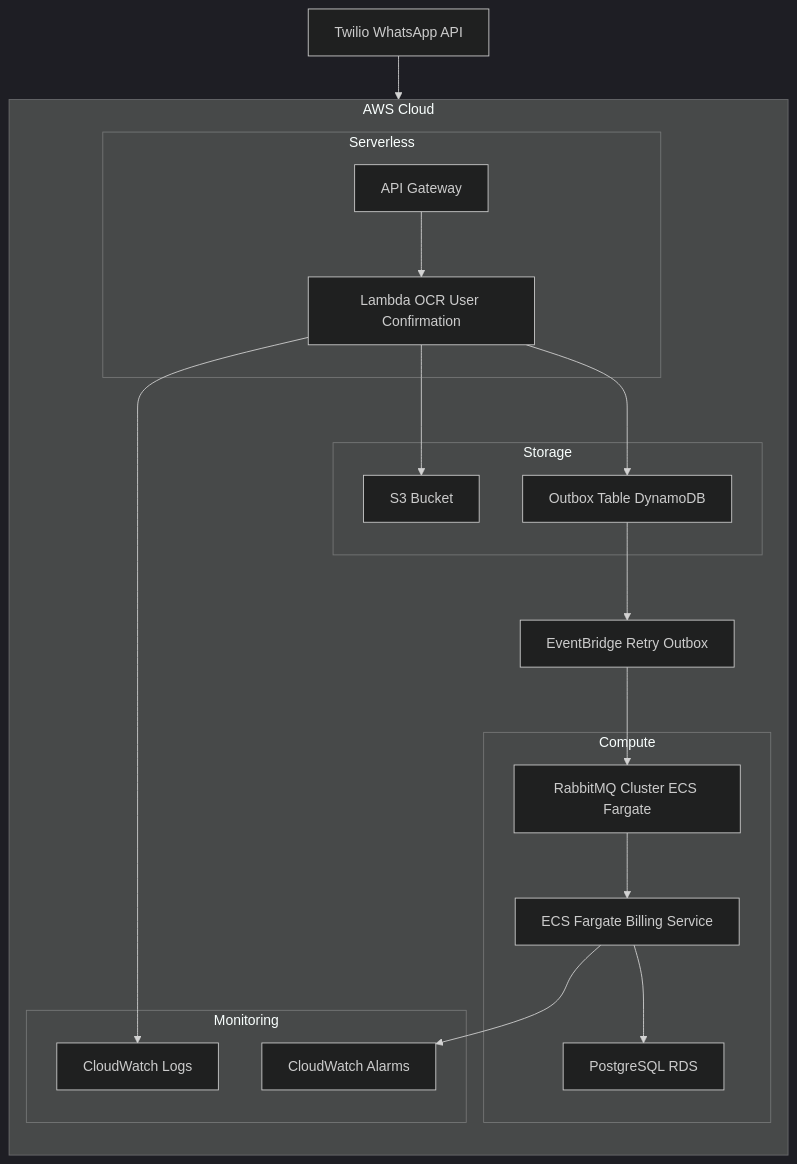
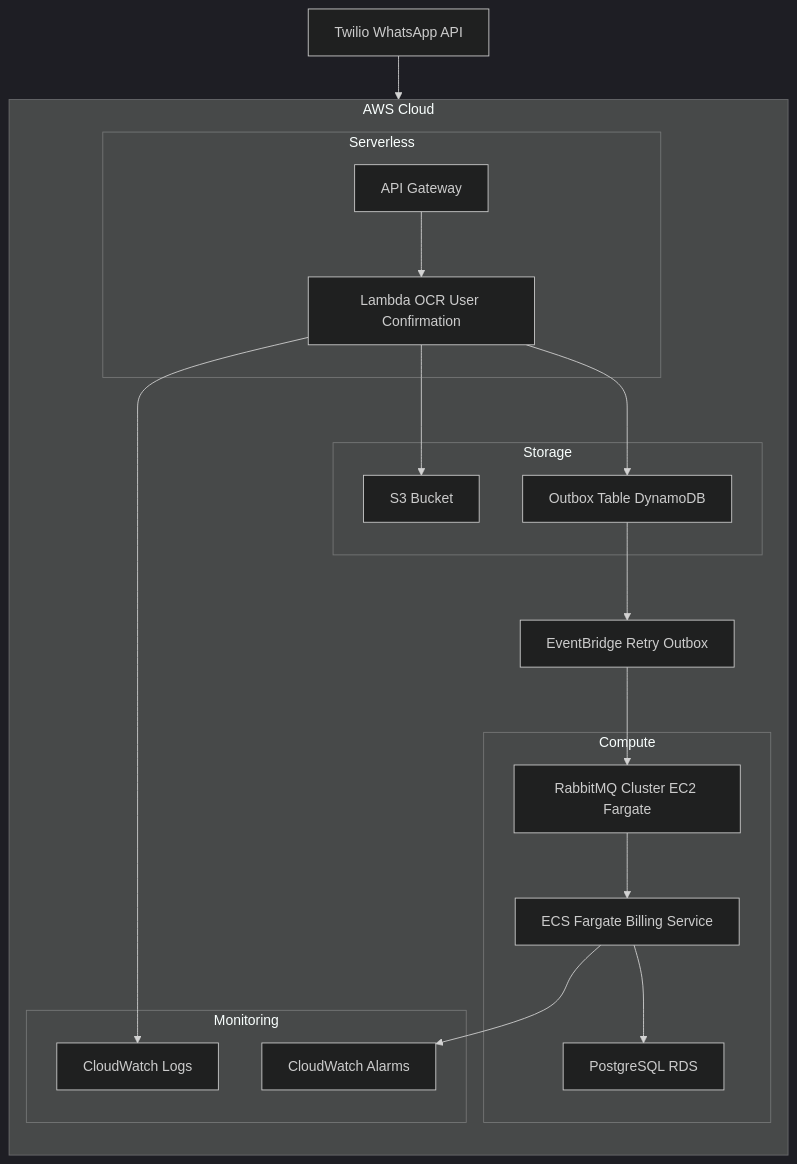
One commit to Mphozazo/Whatsapp-meter-reading-system changed the sixth of 6 diagrams in README.md. Above: the diagram before and after it, drawn with Mermaid (dark theme).

````diff
--- a/README.md
+++ b/README.md
@@ -437,52 +437,52 @@
 ```mermaid
 flowchart TB
     %% External
     Twilio[Twilio WhatsApp API]
 
     %% AWS Cloud
     subgraph AWS["AWS Cloud"]
         direction TB
 
         %% Serverless
         subgraph Serverless["Serverless"]
             APIGW[API Gateway]
             Lambda[Lambda OCR User Confirmation]
         end
 
         %% Storage
         subgraph Storage["Storage"]
             S3[S3 Bucket]
             Outbox[Outbox Table DynamoDB]
         end
 
         %% Event-driven retry
         EventBridge[EventBridge Retry Outbox]
 
         %% Compute
         subgraph Compute["Compute"]
-            RabbitMQ[RabbitMQ Cluster ECS Fargate]
+            RabbitMQ[RabbitMQ Cluster EC2 Fargate]
             Billing[ECS Fargate Billing Service]
             RDS[PostgreSQL RDS]
         end
 
         %% Monitoring
         subgraph Monitoring["Monitoring"]
             CloudWatch[CloudWatch Logs]
             Alarms[CloudWatch Alarms]
         end
     end
 
     %% Connections
     Twilio --> APIGW
     APIGW --> Lambda
     Lambda --> S3
     Lambda --> CloudWatch
     Billing --> RDS
     Billing --> Alarms
 
     %% Main message flow
     Lambda --> Outbox
     Outbox --> EventBridge
     EventBridge --> RabbitMQ
     RabbitMQ --> Billing
   ```
````
